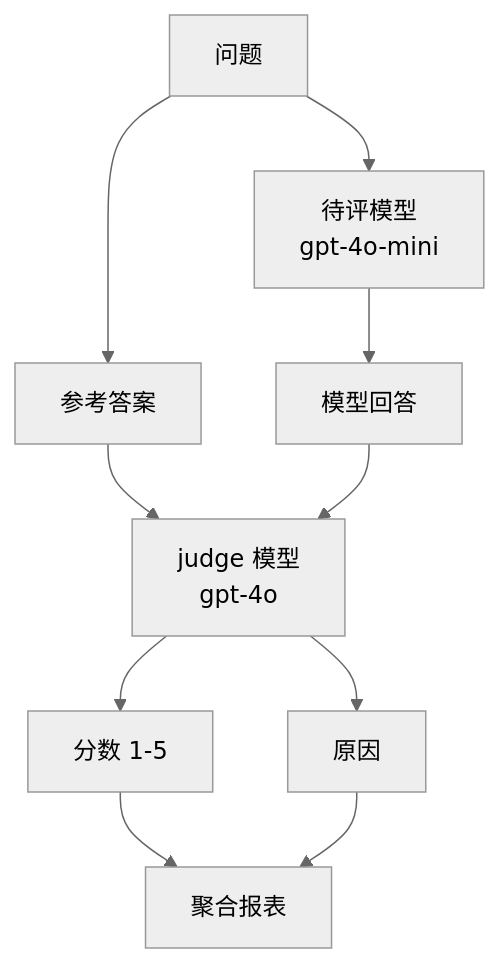
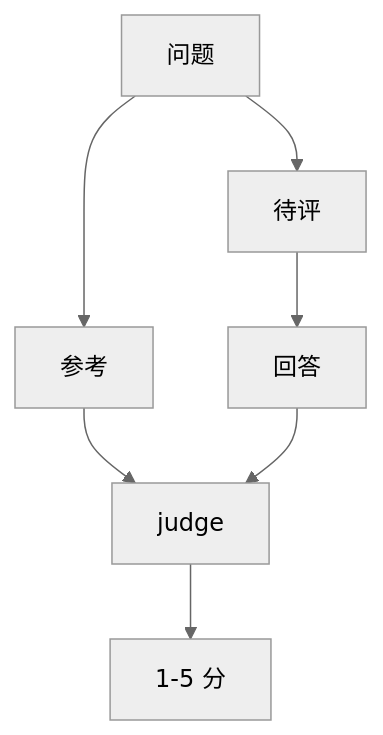
The second of 4 diagrams in docs/production/02-evaluation.md (Mr-Super-X/agent-app-dev), drawn with Mermaid (neutral theme) before and after one commit. The commit also changed other lines of this file and 6 other files, not shown here.

````diff
--- a/docs/production/02-evaluation.md
+++ b/docs/production/02-evaluation.md
@@ -63,12 +44,9 @@
 ```mermaid
 flowchart TD
-    Q[问题] --> M[待评模型<br/>gpt-4o-mini]
-    Q --> R[参考答案]
-    M --> A[模型回答]
-    R --> J[judge 模型<br/>gpt-4o]
+    Q[问题] --> M[待评]
+    Q --> R[参考]
+    M --> A[回答]
+    R --> J[judge]
     A --> J
-    J --> S[分数 1-5]
-    J --> Reason[原因]
-    S --> Agg[聚合报表]
-    Reason --> Agg
+    J --> S[1-5 分]
 ```
````
